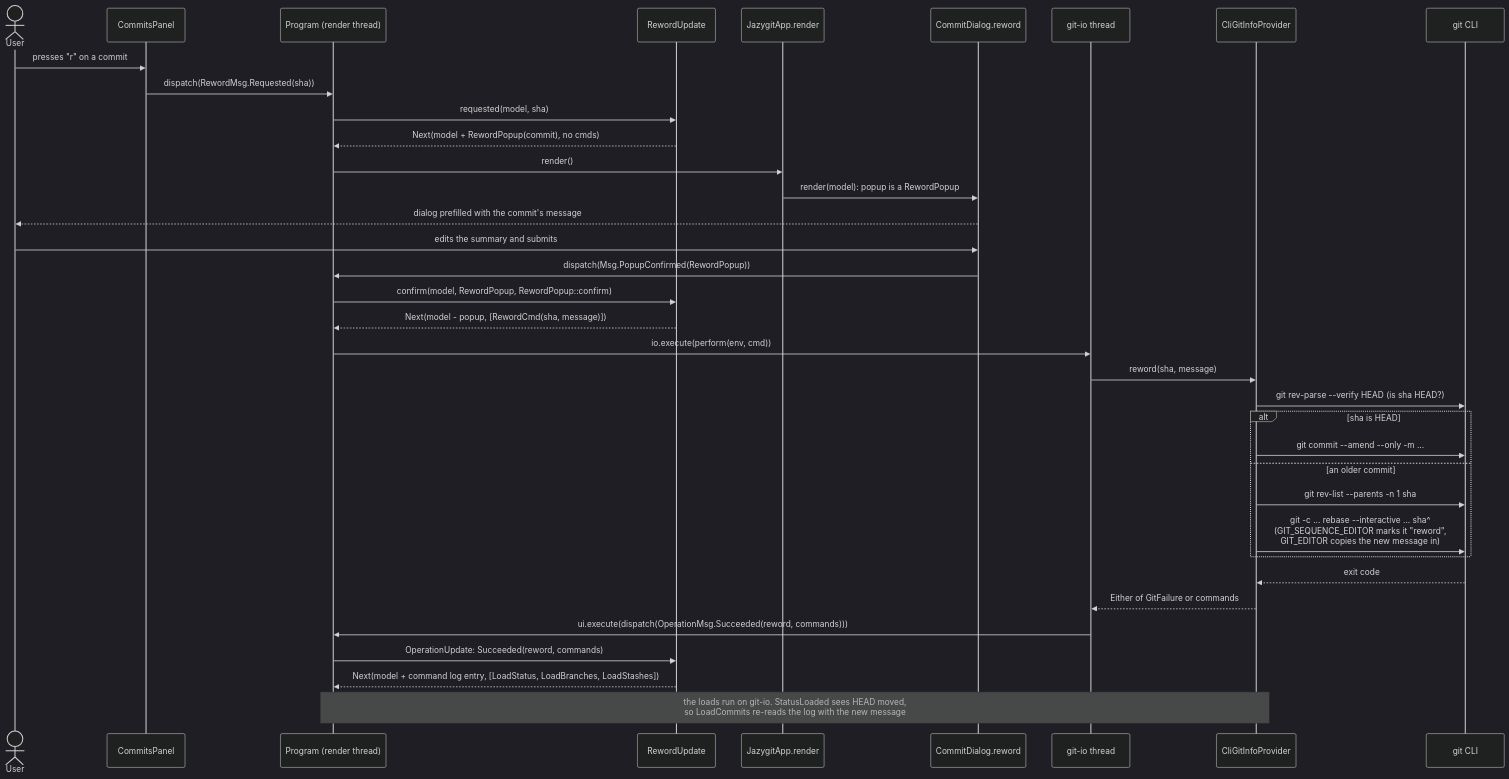
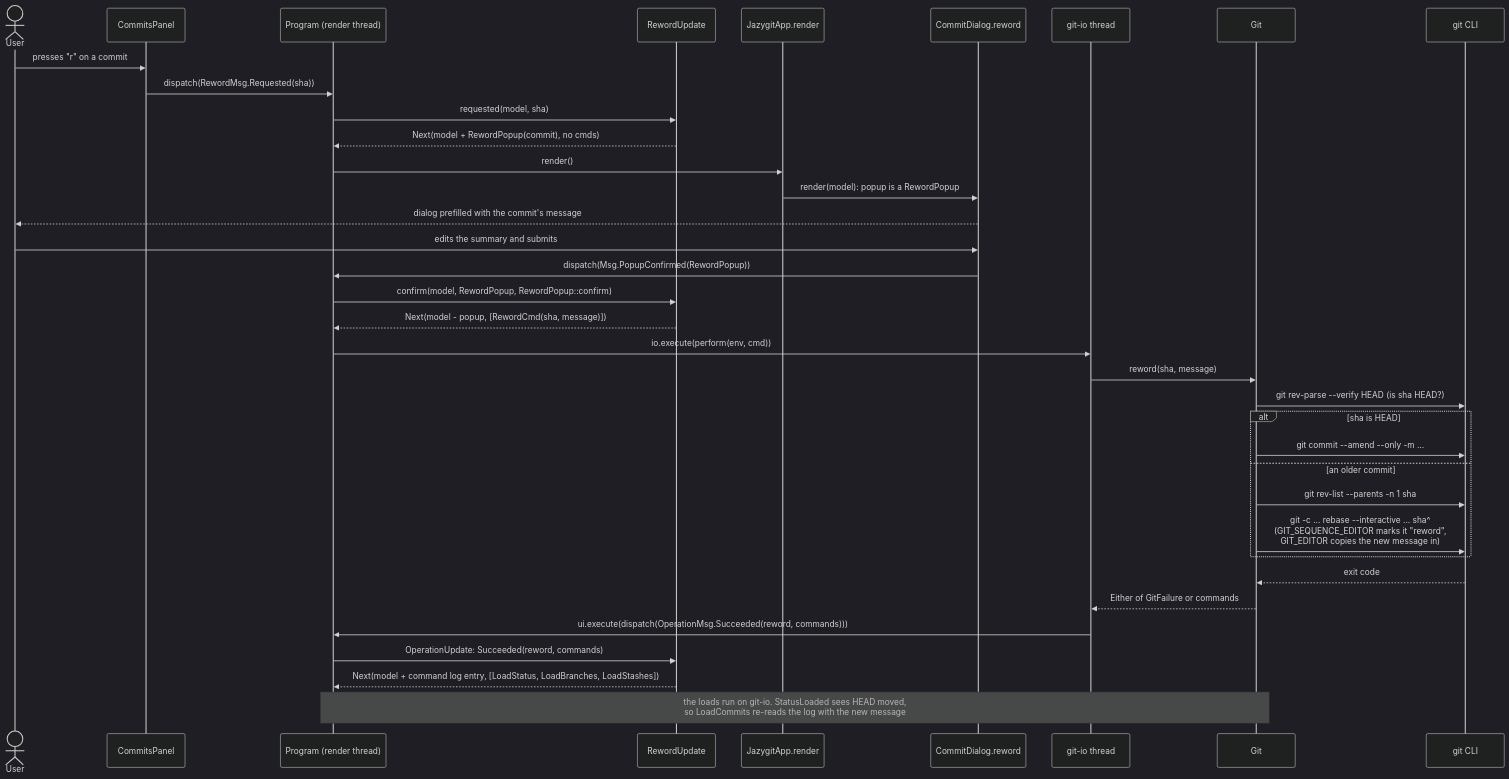
The sixth of 7 diagrams in ARCHITECTURE.md (cvanfleteren/jazygit), drawn with Mermaid (dark theme) before and after one commit. The commit also changed other lines of this file and 117 other files, not shown here.

First line of the commit message:
Git is a record of its roles: Git, CliGit, StubGit (#294, 1a, 13/13)

````diff
--- a/ARCHITECTURE.md
+++ b/ARCHITECTURE.md
@@ -1069,42 +1063,42 @@
 ```mermaid
 sequenceDiagram
     actor User
     participant Panel as CommitsPanel
     participant Program as Program (render thread)
     participant Update as RewordUpdate
     participant App as JazygitApp.render
     participant Dialog as CommitDialog.reword
     participant IO as git-io thread
-    participant Provider as CliGitInfoProvider
+    participant Provider as Git
     participant Git as git CLI
 
     User->>Panel: presses "r" on a commit
     Panel->>Program: dispatch(RewordMsg.Requested(sha))
     Program->>Update: requested(model, sha)
     Update-->>Program: Next(model + RewordPopup(commit), no cmds)
     Program->>App: render()
     App->>Dialog: render(model): popup is a RewordPopup
     Dialog-->>User: dialog prefilled with the commit's message
 
     User->>Dialog: edits the summary and submits
     Dialog->>Program: dispatch(Msg.PopupConfirmed(RewordPopup))
     Program->>Update: confirm(model, RewordPopup, RewordPopup::confirm)
     Update-->>Program: Next(model - popup, [RewordCmd(sha, message)])
     Program->>IO: io.execute(perform(env, cmd))
 
     IO->>Provider: reword(sha, message)
     Provider->>Git: git rev-parse --verify HEAD (is sha HEAD?)
     alt sha is HEAD
         Provider->>Git: git commit --amend --only -m ...
     else an older commit
         Provider->>Git: git rev-list --parents -n 1 sha
         Provider->>Git: git -c ... rebase --interactive ... sha^<br/>(GIT_SEQUENCE_EDITOR marks it "reword",<br/>GIT_EDITOR copies the new message in)
     end
     Git-->>Provider: exit code
     Provider-->>IO: Either of GitFailure or commands
     IO->>Program: ui.execute(dispatch(OperationMsg.Succeeded(reword, commands)))
 
     Program->>Update: OperationUpdate: Succeeded(reword, commands)
     Update-->>Program: Next(model + command log entry, [LoadStatus, LoadBranches, LoadStashes])
     Note over Program,Provider: the loads run on git-io. StatusLoaded sees HEAD moved,<br/>so LoadCommits re-reads the log with the new message
 ```
````
